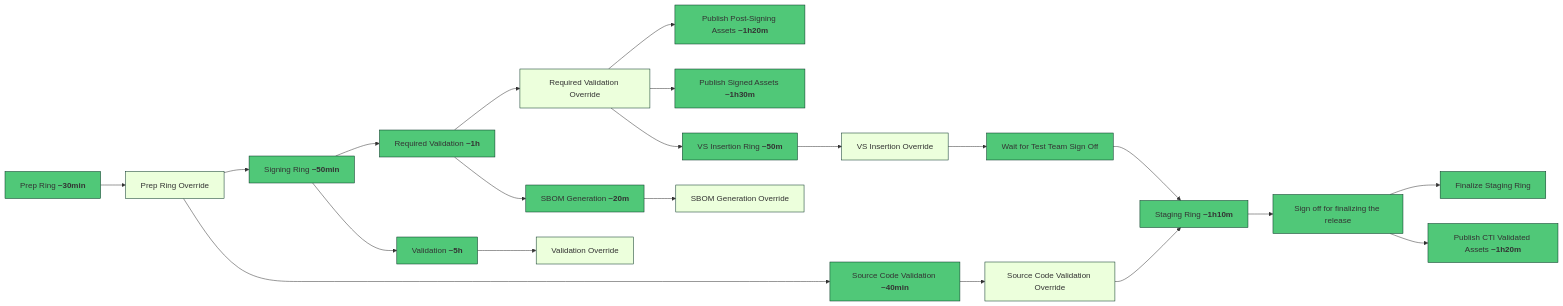
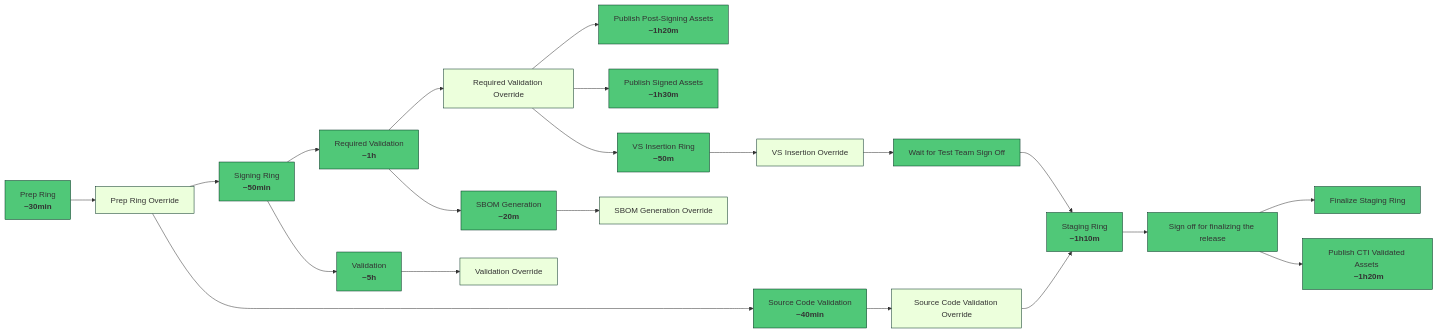
The first of 2 diagrams in Documentation/TeamProcess/One-Pagers/bcm-emergency-staging-pipeline-optimizations-12261.md (dotnet/arcade), drawn with Mermaid before and after one commit. The commit also changed other lines of this file, not shown here.

Commit message:
put time on new line

````diff
--- a/Documentation/TeamProcess/One-Pagers/bcm-emergency-staging-pipeline-optimizations-12261.md
+++ b/Documentation/TeamProcess/One-Pagers/bcm-emergency-staging-pipeline-optimizations-12261.md
@@ -15,26 +15,26 @@
 ```mermaid
 flowchart LR
-  prep["Prep Ring <b>~30min</b>"] --> prep_override[Prep Ring Override]
-  prep_override --> signing["Signing Ring <b>~50min</b>"]
-  prep_override --> source_code_validation["Source Code Validation <b>~40min</b>"]
+  prep["Prep Ring \n <b>~30min</b>"] --> prep_override[Prep Ring Override]
+  prep_override --> signing["Signing Ring \n <b>~50min</b>"]
+  prep_override --> source_code_validation["Source Code Validation \n <b>~40min</b>"]
   source_code_validation --> source_code_validation_override[Source Code Validation Override]
-  signing --> required_validation["Required Validation <b>~1h</b>"]
-  signing --> validation["Validation <b>~5h</b>"]
-  required_validation --> sbom_generation["SBOM Generation <b>~20m</b>"]
+  signing --> required_validation["Required Validation \n <b>~1h</b>"]
+  signing --> validation["Validation \n <b>~5h</b>"]
+  required_validation --> sbom_generation["SBOM Generation \n <b>~20m</b>"]
   required_validation --> required_validation_override[Required Validation Override]
   validation --> validation_override[Validation Override]
-  required_validation_override --> publishing_v3_signed["Publish Post-Signing Assets <b>~1h20m</b>"]
-  required_validation_override --> post_signing_publishing["Publish Signed Assets <b>~1h30m</b>"]
-  required_validation_override --> vs_insertion["VS Insertion Ring <b>~50m</b>"]
+  required_validation_override --> publishing_v3_signed["Publish Post-Signing Assets \n <b>~1h20m</b>"]
+  required_validation_override --> post_signing_publishing["Publish Signed Assets \n <b>~1h30m</b>"]
+  required_validation_override --> vs_insertion["VS Insertion Ring \n <b>~50m</b>"]
   sbom_generation --> sbom_generation_override[SBOM Generation Override]
   vs_insertion --> vs_insertion_override[VS Insertion Override]
   vs_insertion_override --> cti_sign_off[Wait for Test Team Sign Off]
-  cti_sign_off --> staging["Staging Ring <b>~1h10m</b>"]
+  cti_sign_off --> staging["Staging Ring \n <b>~1h10m</b>"]
   source_code_validation_override --> staging
   staging --> finalize_sign_off[Sign off for finalizing the release]
   finalize_sign_off --> finalize_staging[Finalize Staging Ring]
-  finalize_sign_off --> publishing_v3_validated["Publish CTI Validated Assets <b>~1h20m</b>"]
+  finalize_sign_off --> publishing_v3_validated["Publish CTI Validated Assets \n <b>~1h20m</b>"]
   classDef default fill:#50C878, stroke:#023020;
   classDef Override fill:#ECFFDC, stroke:#023020;
   class prep_override,source_code_validation_override,required_validation_override,sbom_generation_override,vs_insertion_override,validation_override Override;
 ```
````
